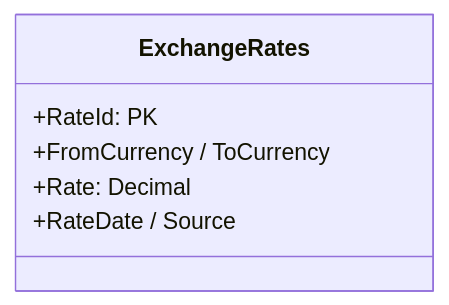
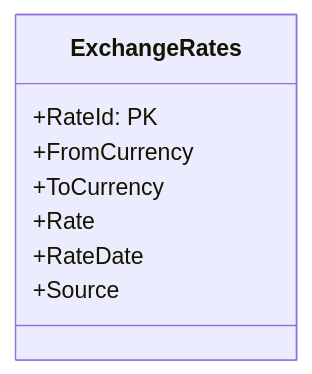
The fifth of 5 diagrams in docs/diagrams/uml/03-domain-ghg.md (Software-Lifecycle-Consultants/SusDevOS-Pro), drawn with Mermaid before and after one commit. The commit also changed other lines of this file and 13 other files, not shown here.

First line of the commit message:
docs: update stories and diagrams for the inventory lifecycle

````diff
--- a/docs/diagrams/uml/03-domain-ghg.md
+++ b/docs/diagrams/uml/03-domain-ghg.md
@@ -179,9 +268,11 @@
 ```mermaid
 classDiagram
     class ExchangeRates {
         +RateId: PK
-        +FromCurrency / ToCurrency
-        +Rate: Decimal
-        +RateDate / Source
+        +FromCurrency
+        +ToCurrency
+        +Rate
+        +RateDate
+        +Source
     }
 ```
````
